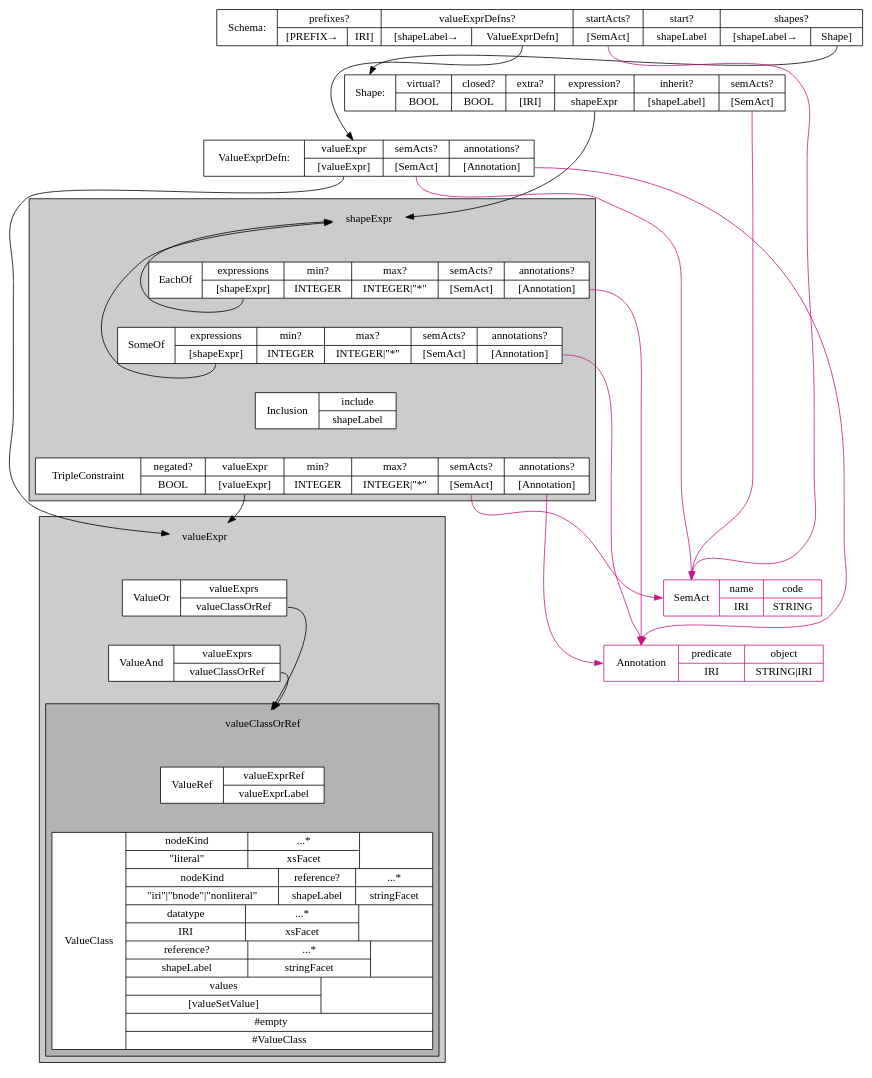
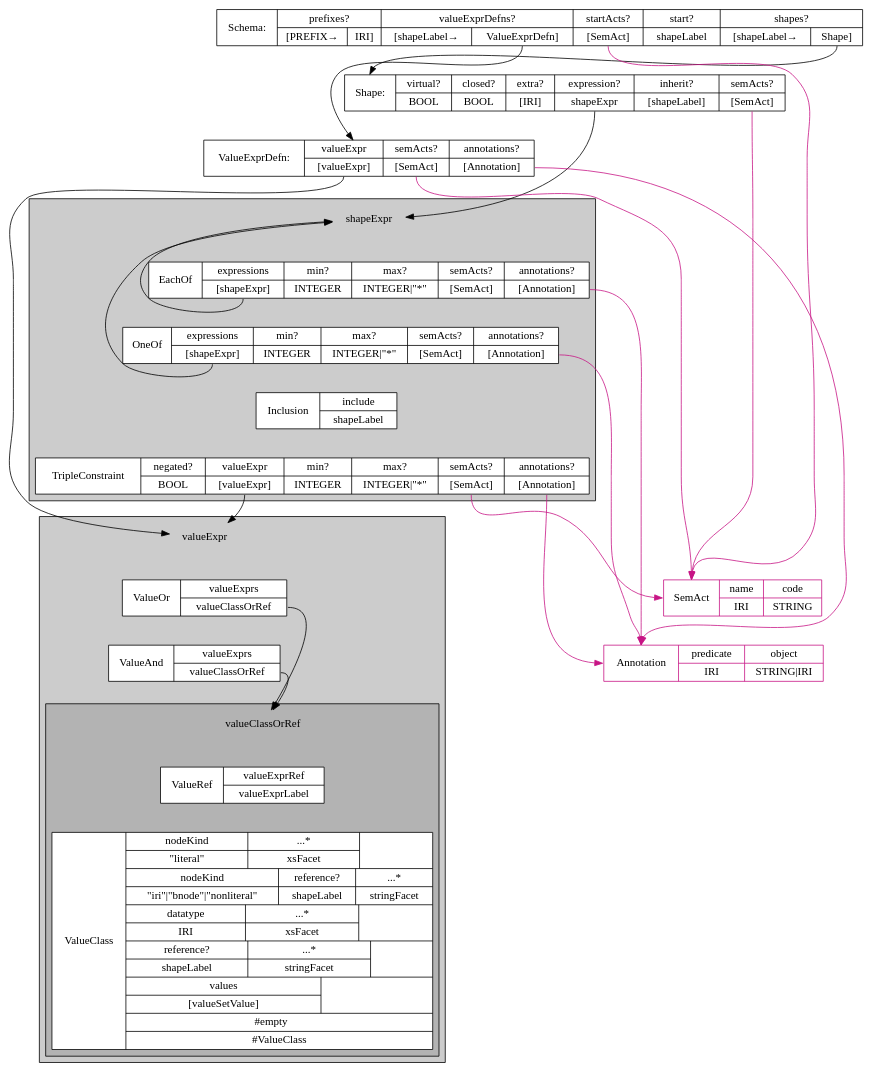
The diagram in ShExJgrammar-diagram.dot (shexSpec/primer), drawn with Graphviz before and after one commit. The commit also changed 4 other files, not shown here.

Commit message:
~ s/SomeOf/OneOf/g

```diff
--- a/ShExJgrammar-diagram.dot
+++ b/ShExJgrammar-diagram.dot
@@ -1,69 +1,69 @@
 digraph structs {
 	graph [rankdir = "TB"];
 	node [shape=record];
 	Schema [label="<Schema> Schema:|{<prefixes> prefixes?|{[PREFIX→|IRI]}}|{<valueExprDefns> valueExprDefns?|{<shapeLabel> [shapeLabel→|<ValueExprDefn> ValueExprDefn]}}|{<startActs> startActs?|<SemAct> [SemAct]}|{<start> start?|<shapeLabel> shapeLabel}|{<shapes> shapes?|{<shapeLabel> [shapeLabel→|<Shape> Shape]}}}"];
 	Shape [label="<Shape> Shape:|{<virtual> virtual?|<BOOL> BOOL}|{<closed> closed?|<BOOL> BOOL}|{<extra> extra?|<IRI> [IRI]}|{<expression> expression?|<shapeExpr> shapeExpr}|{<inherit> inherit?|<shapeLabel> [shapeLabel]}|{<semActs> semActs?|<SemAct> [SemAct]}"];
 
  	subgraph cluster_shapeExpr {
 		graph [label="", style=filled, fillcolor=gray80];
 		shapeExpr [shape=none];
 		EachOf [label="{{<EachOf> EachOf|{<expressions> expressions|<shapeExpr> [shapeExpr]}|{<min> min?|<INTEGER> INTEGER}|{<max> max?|<INTEGER> INTEGER\|\"*\"}|{<semActs> semActs?|<SemAct> [SemAct]}|{<annotations> annotations?|<Annotation> [Annotation]}}}", style=filled, fillcolor=white];
-		SomeOf [label="{{<SomeOf> SomeOf|{<expressions> expressions|<shapeExpr> [shapeExpr]}|{<min> min?|<INTEGER> INTEGER}|{<max> max?|<INTEGER> INTEGER\|\"*\"}|{<semActs> semActs?|<SemAct> [SemAct]}|{<annotations> annotations?|<Annotation> [Annotation]}}}", style=filled, fillcolor=white];
+		OneOf [label="{{<OneOf> OneOf|{<expressions> expressions|<shapeExpr> [shapeExpr]}|{<min> min?|<INTEGER> INTEGER}|{<max> max?|<INTEGER> INTEGER\|\"*\"}|{<semActs> semActs?|<SemAct> [SemAct]}|{<annotations> annotations?|<Annotation> [Annotation]}}}", style=filled, fillcolor=white];
 		Inclusion [label="{{<Inclusion> Inclusion|{<include> include|<shapeLabel> shapeLabel}}}", style=filled, fillcolor=white];
 		TripleConstraint [label="{{<TripleConstraint> TripleConstraint|{<negated> negated?|<BOOL> BOOL}|{<valueExprs> valueExpr|<valueExpr> [valueExpr]}|{<min> min?|<INTEGER> INTEGER}|{<max> max?|<INTEGER> INTEGER\|\"*\"}|{<semActs> semActs?|<SemAct> [SemAct]}|{<annotations> annotations?|<Annotation> [Annotation]}}}", style=filled, fillcolor=white];
-		shapeExpr -> EachOf -> SomeOf -> Inclusion -> TripleConstraint [color=invis];
+		shapeExpr -> EachOf -> OneOf -> Inclusion -> TripleConstraint [color=invis];
 		
 	}
 
  	subgraph cluster_valueExpr {
 		graph [label="", style=filled, fillcolor=gray80];
 		valueExpr [shape=none];
  		subgraph cluster_valueClassOrRef {
 			graph [label="", style=filled, fillcolor=gray70];
 			valueClassOrRef [shape=none];
 			ValueClass [label="ValueClass|{{{<nodeKind> nodeKind|{<literal> \"literal\"}}|{...*|{<xsFacet> xsFacet}}| }|{{<nodeKind> nodeKind|{<literal> \"iri\"\|\"bnode\"\|\"nonliteral\"}}|{reference?|{<shapeLabel> shapeLabel}}|{...*|{<stringFacet> stringFacet}}}|{{<datatype> datatype|{<IRI> IRI}}|{...*|{<xsFacet> xsFacet}}| }|{{reference?|{<shapeLabel> shapeLabel}}|{...*|{<stringFacet> stringFacet}}| }|{{values|{<valueSetValue> [valueSetValue]}}| }|{{#empty      |#ValueClass}}}", style=filled, fillcolor=white];
 			ValueRef [label="{{<ValueRef> ValueRef|{<valueExprRef> valueExprRef|<valueExprLabel> valueExprLabel}}}", style=filled, fillcolor=white];
 			valueClassOrRef -> ValueRef -> ValueClass [color=invis];
 		}
 		ValueOr [label="{{<ValueOr> ValueOr|{<valueExprs> valueExprs|<valueClassOrRef> valueClassOrRef}}}", style=filled, fillcolor=white];
 		ValueAnd [label="{{<ValueAnd> ValueAnd|{<valueExprs> valueExprs|<valueClassOrRef> valueClassOrRef}}}", style=filled, fillcolor=white];
 		valueExpr -> ValueOr -> ValueAnd -> ValueRef -> ValueClass [color=invis];
 		
 	}
 
 	ValueExprDefn [label="<ValueExprDefn> ValueExprDefn:|{<l_valueExpr> valueExpr|<valueExpr> [valueExpr]}|{<semActs> semActs?|<SemAct> [SemAct]}|{<annotations> annotations?|<Annotation> [Annotation]}"];
 
 	Schema:Schema -> Shape:Shape -> ValueExprDefn ->shapeExpr [color=invis];
 
 	Shape:shapeExpr  -> shapeExpr;
 	EachOf:shapeExpr -> shapeExpr;
-	SomeOf:shapeExpr -> shapeExpr;
+	OneOf:shapeExpr -> shapeExpr;
 	Schema:Shape -> Shape:Shape;
 
 	Schema:ValueExprDefn -> ValueExprDefn;
 	ValueExprDefn:valueExpr -> valueExpr;
 	TripleConstraint:valueExpr -> valueExpr;
 	ValueOr:valueClassOrRef -> valueClassOrRef;
 	ValueAnd:valueClassOrRef -> valueClassOrRef;
 
 
 	pushSemActDown [Shape = none,label="",color=invis,width=0, height=0];
 	SemAct [label="<SemAct> SemAct|{<name> name|<IRI> IRI}|{<code> code|<STRING> STRING}", color=mediumvioletred];
 	Annotation [label="<Annotation> Annotation|{<predicate> predicate|<IRI> IRI}|{<object> object|<STRING> STRING\|IRI}", color=mediumvioletred];
 	Schema:Shape -> pushSemActDown -> SemAct:STRING -> Annotation [color=invis];
 	TripleConstraint:Annotation -> pushSemActDown [color=invis];
 
 	ValueExprDefn:SemAct -> SemAct:SemAct [color=mediumvioletred];
 	Schema:SemAct -> SemAct:SemAct [color=mediumvioletred];
 	Shape:SemAct  -> SemAct:SemAct [color=mediumvioletred];
 	// EachOf:SemAct  -> SemAct:SemAct [color=mediumvioletred]; // screws up layout
-	// SomeOf:SemAct  -> SemAct:SemAct [color=mediumvioletred];
+	// OneOf:SemAct  -> SemAct:SemAct [color=mediumvioletred];
 	TripleConstraint:SemAct -> SemAct:SemAct [color=mediumvioletred];
 
 	ValueExprDefn:Annotation -> Annotation:Annotation [color=mediumvioletred];
 	EachOf:Annotation  -> Annotation:Annotation [color=mediumvioletred];
-	SomeOf:Annotation  -> Annotation:Annotation [color=mediumvioletred];
+	OneOf:Annotation  -> Annotation:Annotation [color=mediumvioletred];
 	TripleConstraint:Annotation -> Annotation:Annotation [color=mediumvioletred];
 
 	//{rank=same; ValueClass:stringFacet pushSemActDown}
 }
```
